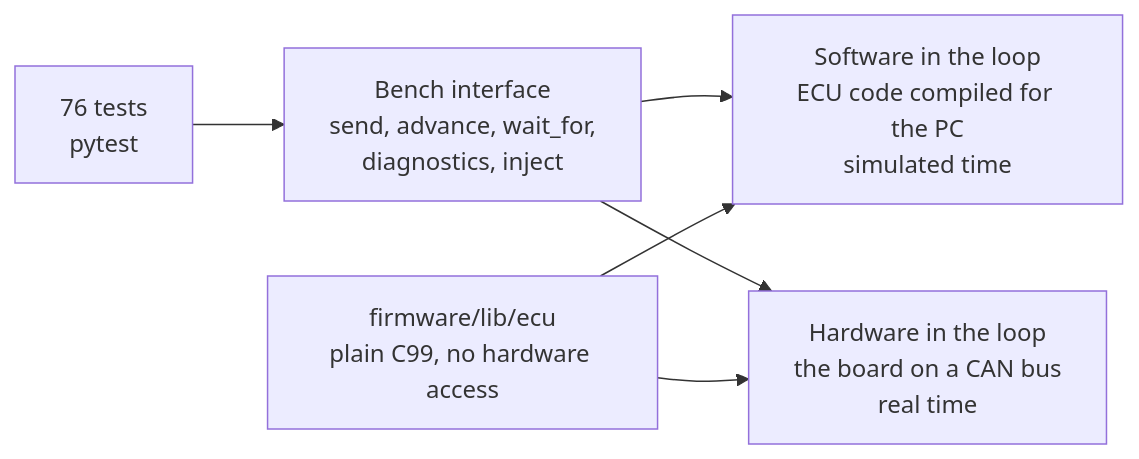
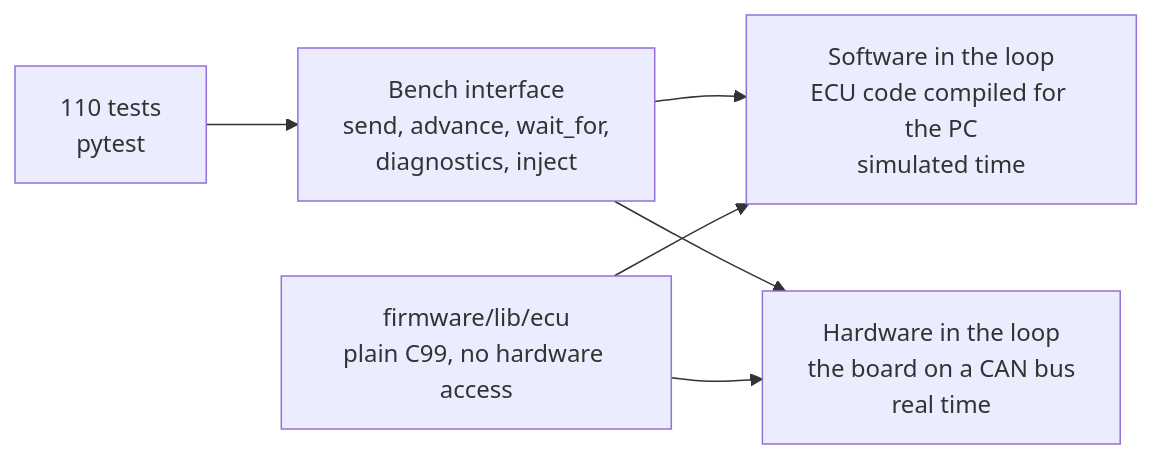
The second of 2 diagrams in README.md (eungyun-im/ecu-fault-injection), drawn with Mermaid before and after one commit. The commit also changed other lines of this file and 40 other files, not shown here.

````diff
--- a/README.md
+++ b/README.md
@@ -94,8 +94,8 @@
 ```mermaid
 flowchart LR
-    T[76 tests<br>pytest] --> B[Bench interface<br>send, advance, wait_for,<br>diagnostics, inject]
+    T[110 tests<br>pytest] --> B[Bench interface<br>send, advance, wait_for,<br>diagnostics, inject]
     B --> S[Software in the loop<br>ECU code compiled for the PC<br>simulated time]
     B --> H[Hardware in the loop<br>the board on a CAN bus<br>real time]
     C[firmware/lib/ecu<br>plain C99, no hardware access] --> S
     C --> H
 ```
````
